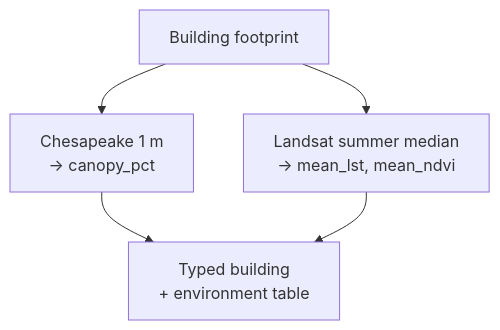
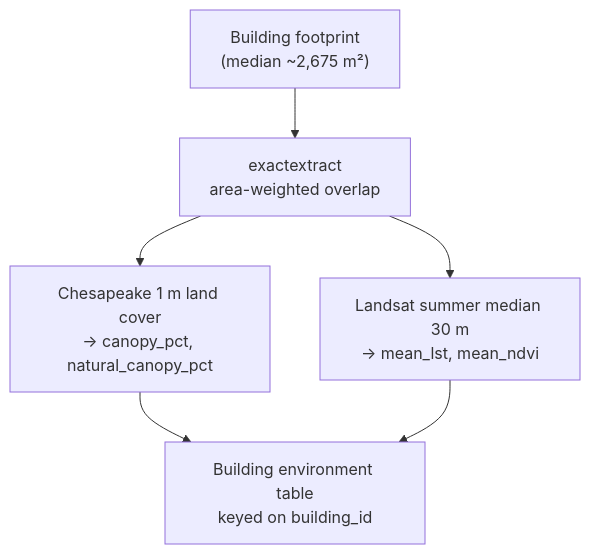
The tenth of 10 diagrams in data-methods.qmd (alibishokputov/green-gap-affordable-housing), drawn with Mermaid before and after one commit. The commit also changed other lines of this file and 3 other files, not shown here.

````diff
--- a/data-methods.qmd
+++ b/data-methods.qmd
@@ -365,7 +387,8 @@
 ```{mermaid}
 flowchart TD
-  A["Building footprint"] --> B["Chesapeake 1 m<br/>-> canopy_pct"]
-  A --> C["Landsat summer median<br/>-> mean_lst, mean_ndvi"]
-  B --> E["Typed building<br/>+ environment table"]
-  C --> E
+  A["Building footprint<br/>(median ~2,675 m²)"] --> B["exactextract<br/>area-weighted overlap"]
+  B --> C["Chesapeake 1 m land cover<br/>-> canopy_pct, natural_canopy_pct"]
+  B --> D["Landsat summer median 30 m<br/>-> mean_lst, mean_ndvi"]
+  C --> E["Building environment table<br/>keyed on building_id"]
+  D --> E
 ```
````
